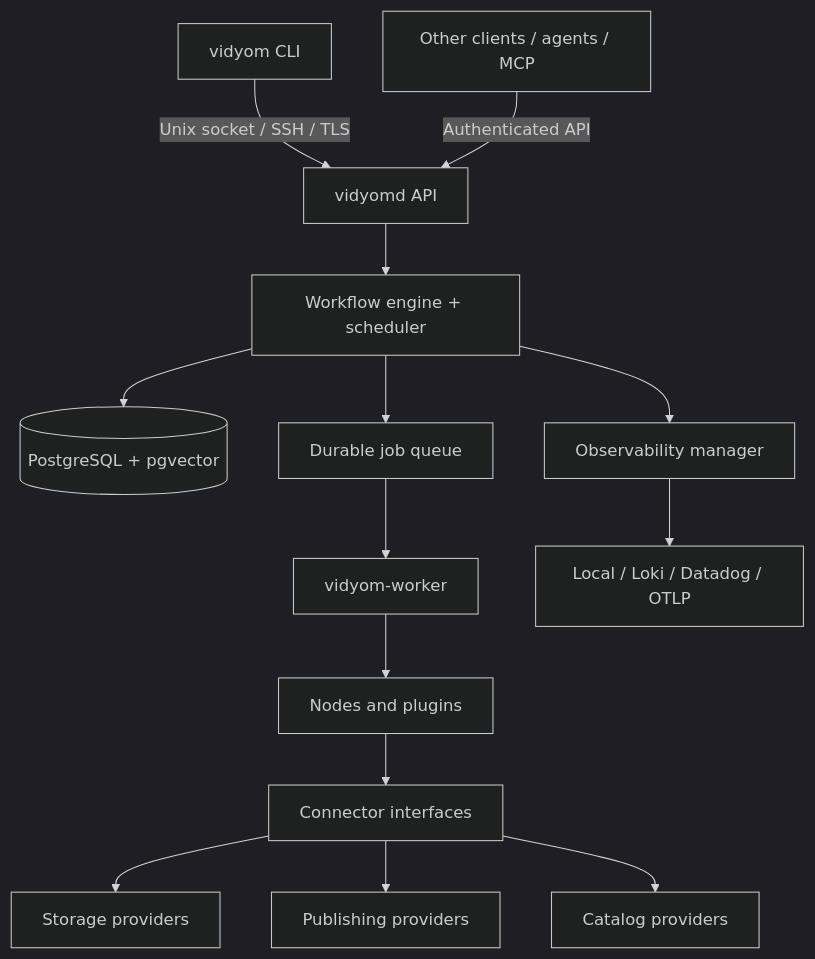
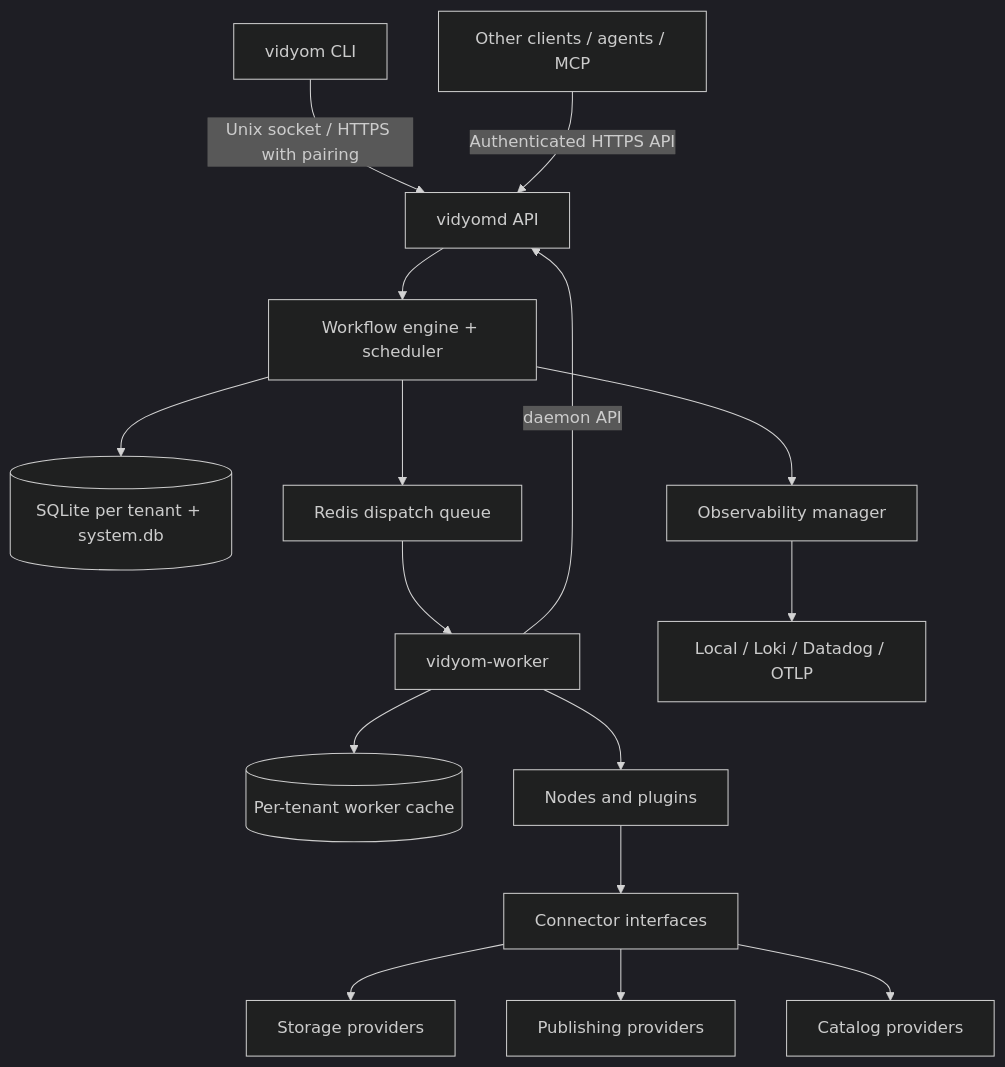
Before and after one commit to rafaelp/vidyom: the diagram in website/docs/architecture/overview.md, drawn with Mermaid (dark theme). The commit also changed other lines of this file and 31 other files, not shown here.

First line of the commit message:
Record the v1.2 architecture decisions in the spec and website

````diff
--- a/website/docs/architecture/overview.md
+++ b/website/docs/architecture/overview.md
@@ -10,16 +10,18 @@
 ```mermaid
 flowchart TB
-  CLI[vidyom CLI] -->|Unix socket / SSH / TLS| API[vidyomd API]
-  Agent[Other clients / agents / MCP] -->|Authenticated API| API
+  CLI[vidyom CLI] -->|Unix socket / HTTPS with pairing| API[vidyomd API]
+  Agent[Other clients / agents / MCP] -->|Authenticated HTTPS API| API
   API --> Engine[Workflow engine + scheduler]
-  Engine --> DB[(PostgreSQL + pgvector)]
-  Engine --> Queue[Durable job queue]
+  Engine --> DB[(SQLite per tenant + system.db)]
+  Engine --> Queue[Redis dispatch queue]
   Queue --> Worker[vidyom-worker]
+  Worker -->|daemon API| API
+  Worker --> Cache[(Per-tenant worker cache)]
   Worker --> Nodes[Nodes and plugins]
   Nodes --> Connectors[Connector interfaces]
   Connectors --> Storage[Storage providers]
   Connectors --> Pub[Publishing providers]
   Connectors --> Catalog[Catalog providers]
   Engine --> O11y[Observability manager]
   O11y --> Sinks[Local / Loki / Datadog / OTLP]
 ```
````
